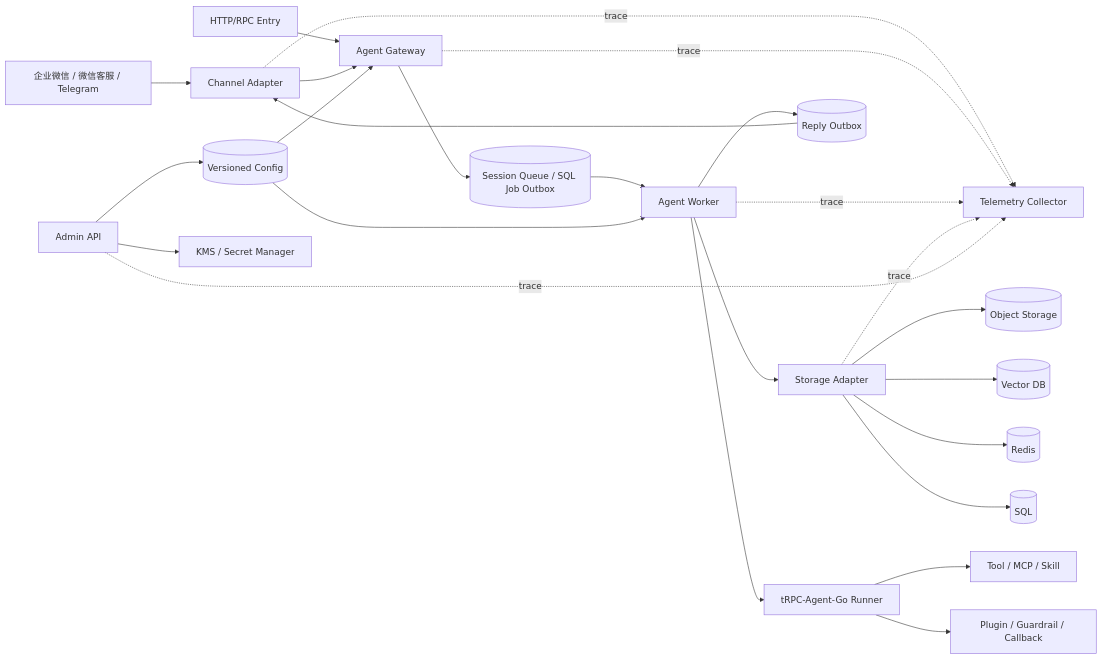
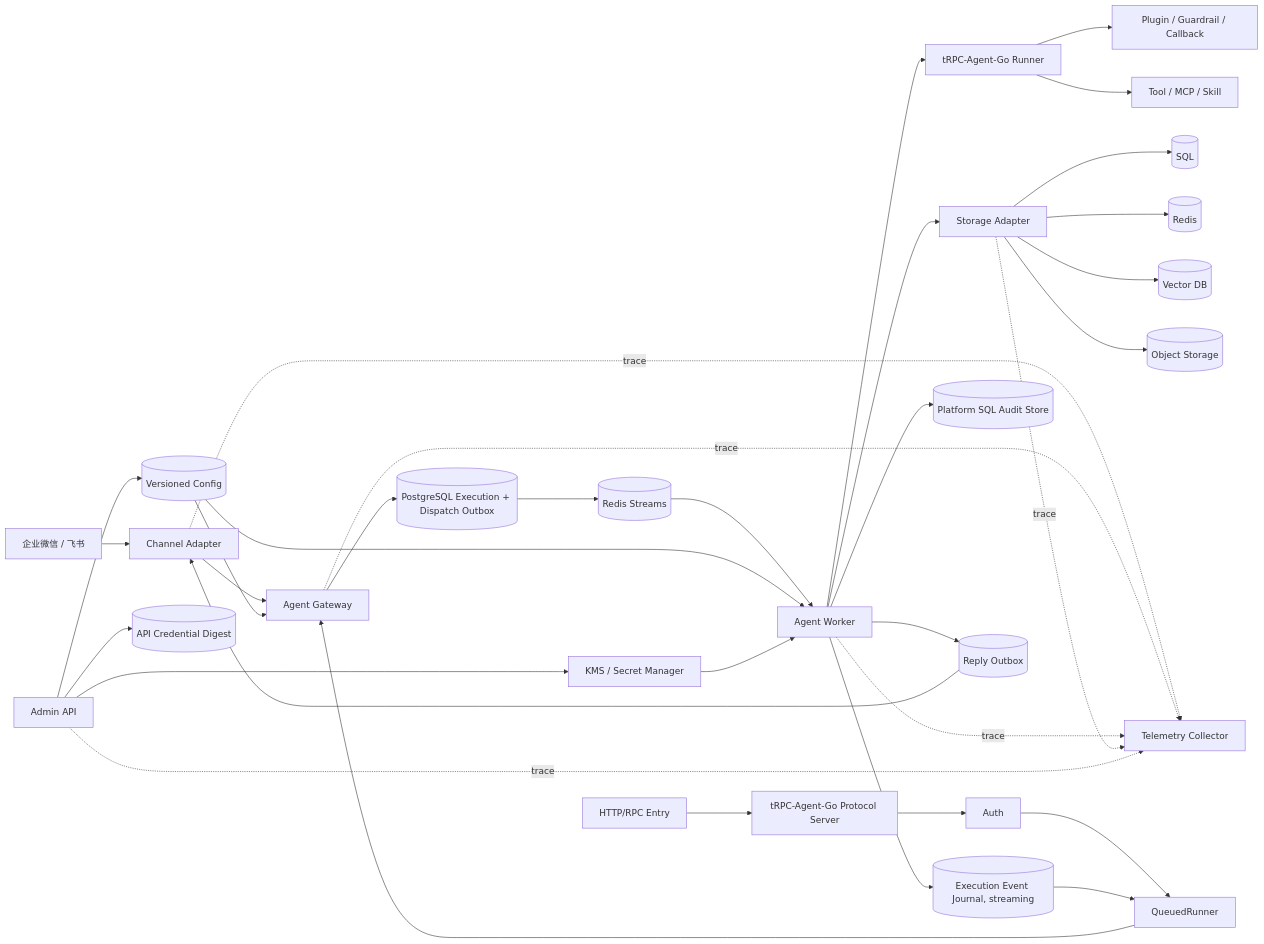
The diagram in docs/deliverables/system-architecture.md (Yukua1/trpc-agent-service), drawn with Mermaid before and after one commit. The commit also changed other lines of this file and 80 other files, not shown here.

````diff
--- a/docs/deliverables/system-architecture.md
+++ b/docs/deliverables/system-architecture.md
@@ -5,27 +5,36 @@
 ```mermaid
 flowchart LR
-    IM[企业微信 / 微信客服 / Telegram] --> CA[Channel Adapter]
-    API[HTTP/RPC Entry] --> GW[Agent Gateway]
+    IM[企业微信 / 飞书] --> CA[Channel Adapter]
+    API[HTTP/RPC Entry] --> PS[tRPC-Agent-Go Protocol Server]
+    PS --> AU[Auth]
+    AU --> QR[QueuedRunner]
+    QR --> GW[Agent Gateway]
     CA --> GW
-    GW --> Q[(Session Queue / SQL Job Outbox)]
-    Q --> WK[Agent Worker]
+    GW --> Q[(PostgreSQL Execution + Dispatch Outbox)]
+    Q --> RS[(Redis Streams)]
+    RS --> WK[Agent Worker]
     WK --> R[tRPC-Agent-Go Runner]
     R --> PG[Plugin / Guardrail / Callback]
     R --> TOOL[Tool / MCP / Skill]
     WK --> SA[Storage Adapter]
     SA --> SQL[(SQL)]
     SA --> REDIS[(Redis)]
     SA --> VEC[(Vector DB)]
     SA --> OBJ[(Object Storage)]
+    WK --> AUD[(Platform SQL Audit Store)]
+    WK --> EJ[(Execution Event Journal, streaming)]
+    EJ --> QR
     WK --> RO[(Reply Outbox)]
     RO --> CA
     AD[Admin API] --> CFG[(Versioned Config)]
+    AD --> CRED[(API Credential Digest)]
     AD --> KMS[KMS / Secret Manager]
     CFG --> GW
     CFG --> WK
+    KMS --> WK
     CA -. trace .-> OT[Telemetry Collector]
     GW -. trace .-> OT
     WK -. trace .-> OT
     SA -. trace .-> OT
     AD -. trace .-> OT
 ```
````
